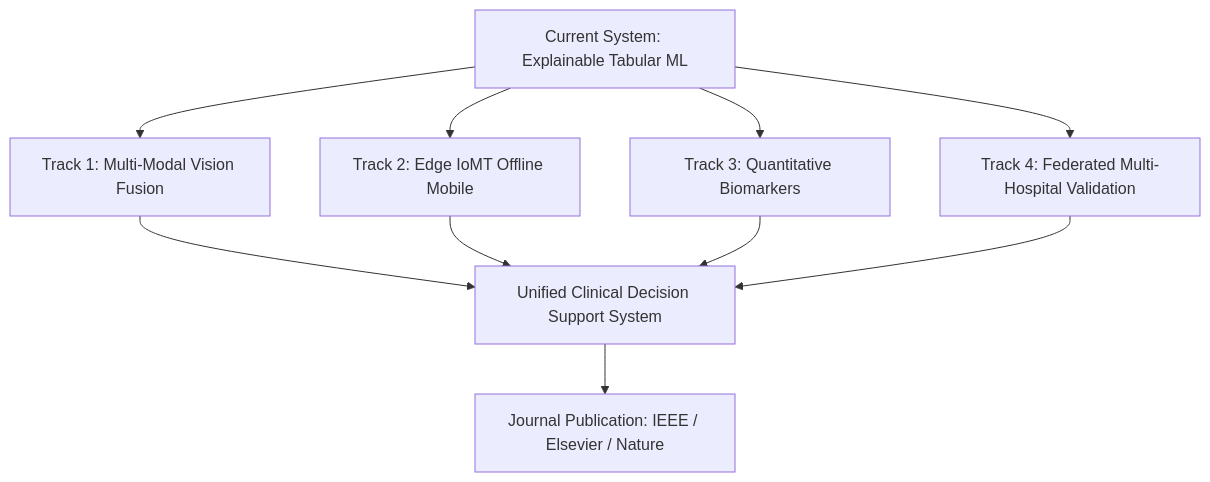
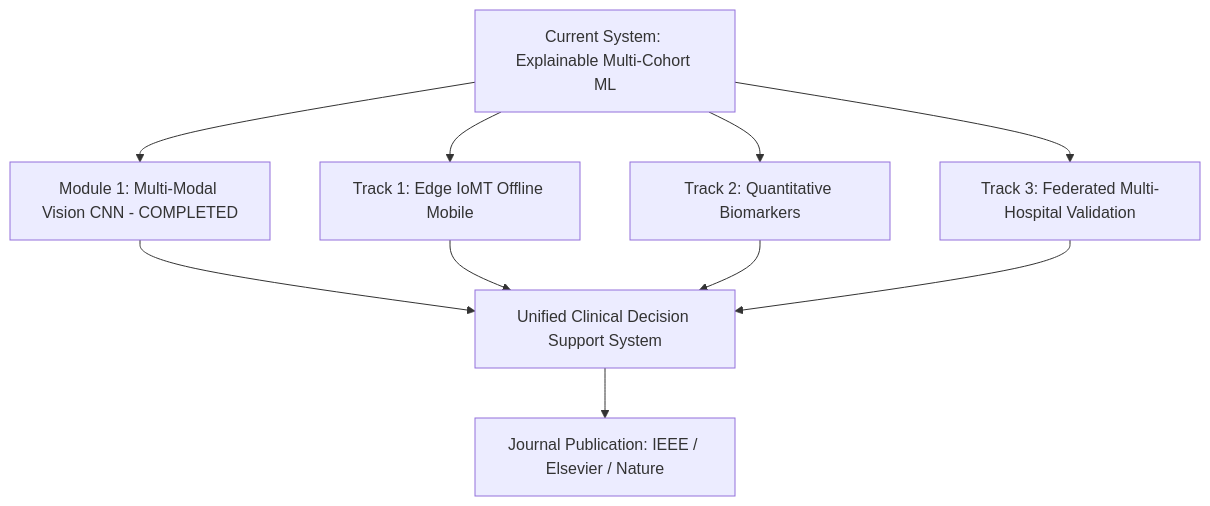
One commit to pavanpamba16/Final_Year_Project changed the diagram in ACADEMIC_PUBLICATION_GUIDE.md. Above: the diagram before and after it, drawn with Mermaid. The commit also changed other lines of this file and 2 other files, not shown here.

````diff
--- a/ACADEMIC_PUBLICATION_GUIDE.md
+++ b/ACADEMIC_PUBLICATION_GUIDE.md
@@ -33,13 +32,13 @@
 ```mermaid
 graph TD
-    A[Current System: Explainable Tabular ML] --> B[Track 1: Multi-Modal Vision Fusion]
-    A --> C[Track 2: Edge IoMT Offline Mobile]
-    A --> D[Track 3: Quantitative Biomarkers]
-    A --> E[Track 4: Federated Multi-Hospital Validation]
+    A[Current System: Explainable Multi-Cohort ML] --> B[Module 1: Multi-Modal Vision CNN - COMPLETED]
+    A --> C[Track 1: Edge IoMT Offline Mobile]
+    A --> D[Track 2: Quantitative Biomarkers]
+    A --> E[Track 3: Federated Multi-Hospital Validation]
     
     B --> F[Unified Clinical Decision Support System]
     C --> F
     D --> F
     E --> F
     F --> G[Journal Publication: IEEE / Elsevier / Nature]
 ```
````
